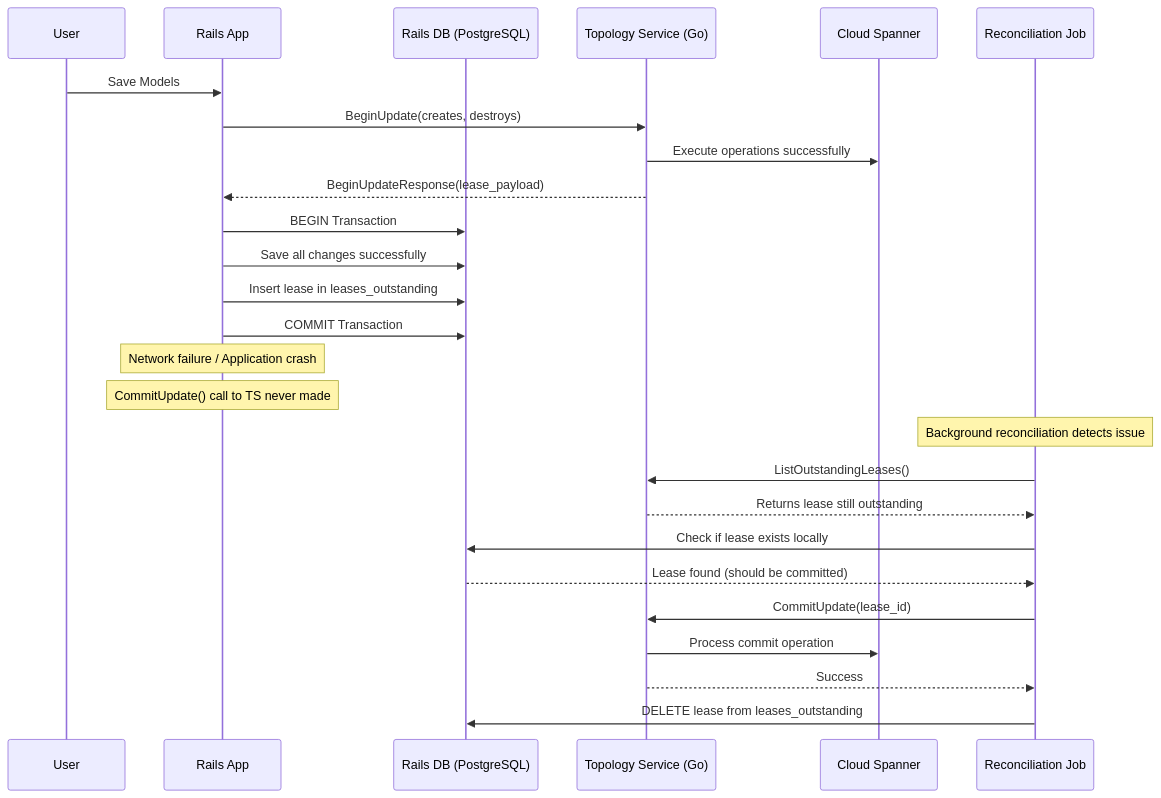
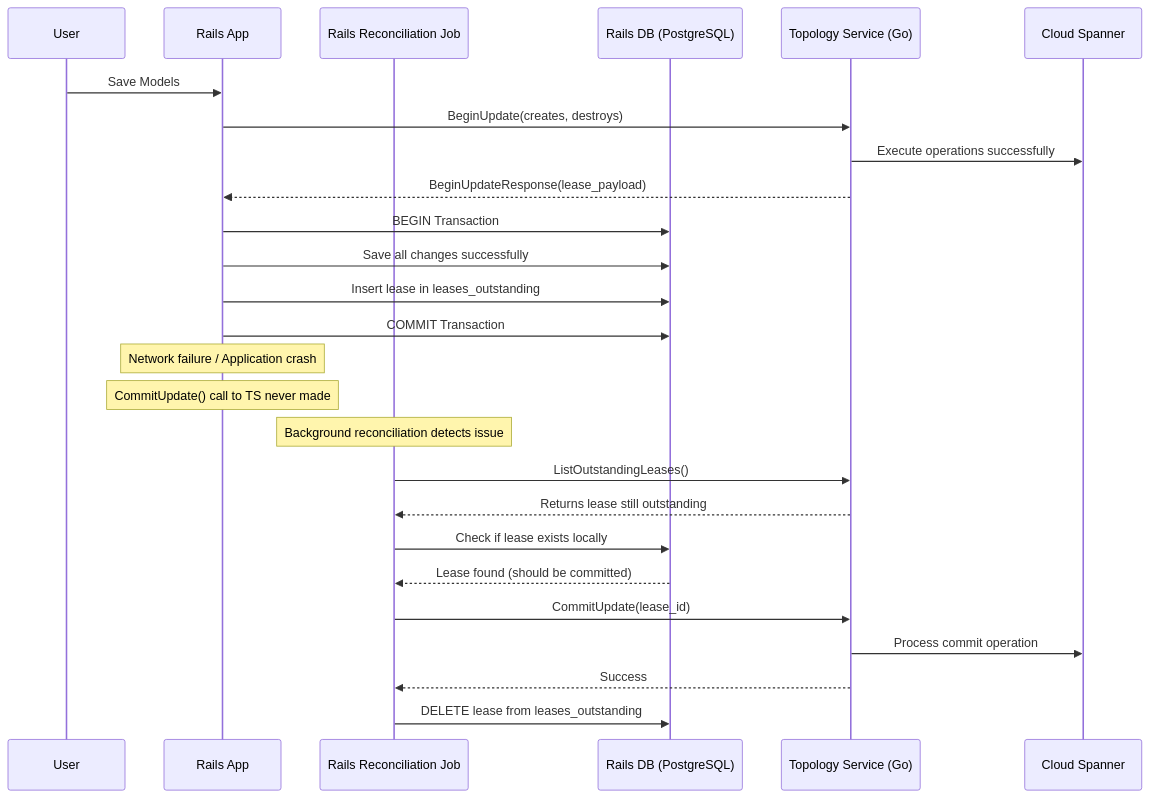
Before and after one commit to zalyoung/gitlab-handbook: the eighth of 10 diagrams in content/handbook/engineering/architecture/design-documents/cells/topology_service_transactional_behavior.md, drawn with Mermaid. The commit also changed other lines of this file, not shown here.

````diff
--- a/content/handbook/engineering/architecture/design-documents/cells/topology_service_transactional_behavior.md
+++ b/content/handbook/engineering/architecture/design-documents/cells/topology_service_transactional_behavior.md
@@ -983,33 +964,33 @@
 ```mermaid
 sequenceDiagram
     participant User
     participant Rails as Rails App
+    participant Reconciliation as Rails Reconciliation Job
     participant RailsDB as Rails DB (PostgreSQL)
     participant TopologyService as Topology Service (Go)
     participant CloudSpanner as Cloud Spanner
-    participant Reconciliation as Reconciliation Job
 
     User->>Rails: Save Models
     Rails->>TopologyService: BeginUpdate(creates, destroys)
     TopologyService->>CloudSpanner: Execute operations successfully
     TopologyService-->>Rails: BeginUpdateResponse(lease_payload)
     
     Rails->>RailsDB: BEGIN Transaction
     Rails->>RailsDB: Save all changes successfully
     Rails->>RailsDB: Insert lease in leases_outstanding
     Rails->>RailsDB: COMMIT Transaction
     
     Note over Rails: Network failure / Application crash
     Note over Rails: CommitUpdate() call to TS never made
     
     Note over Reconciliation: Background reconciliation detects issue
     Reconciliation->>TopologyService: ListOutstandingLeases()
     TopologyService-->>Reconciliation: Returns lease still outstanding
     Reconciliation->>RailsDB: Check if lease exists locally
     RailsDB-->>Reconciliation: Lease found (should be committed)
     
     Reconciliation->>TopologyService: CommitUpdate(lease_id)
     TopologyService->>CloudSpanner: Process commit operation
     TopologyService-->>Reconciliation: Success
     Reconciliation->>RailsDB: DELETE lease from leases_outstanding
 ```
````
